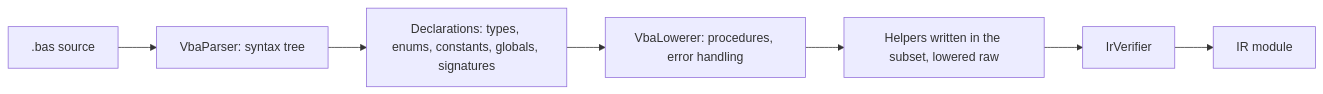
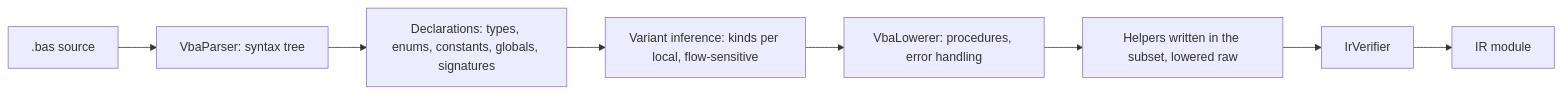
Before and after one commit to Hawkynt/Polypiler: the diagram in docs/architecture/VISUALBASIC-FRONTEND.md, drawn with Mermaid. The commit also changed other lines of this file and 66 other files, not shown here.

First line of the commit message:
+ visualbasic: Variant by inference or the IR's dynamic type (1 issue) (#1558)

````diff
--- a/docs/architecture/VISUALBASIC-FRONTEND.md
+++ b/docs/architecture/VISUALBASIC-FRONTEND.md
@@ -16,9 +16,10 @@
 ```mermaid
 flowchart LR
   S[.bas source] --> P[VbaParser: syntax tree]
   P --> D[Declarations: types, enums, constants, globals, signatures]
-  D --> L[VbaLowerer: procedures, error handling]
+  D --> I[Variant inference: kinds per local, flow-sensitive]
+  I --> L[VbaLowerer: procedures, error handling]
   L --> H[Helpers written in the subset, lowered raw]
   H --> V[IrVerifier]
   V --> M[IR module]
 ```
````
